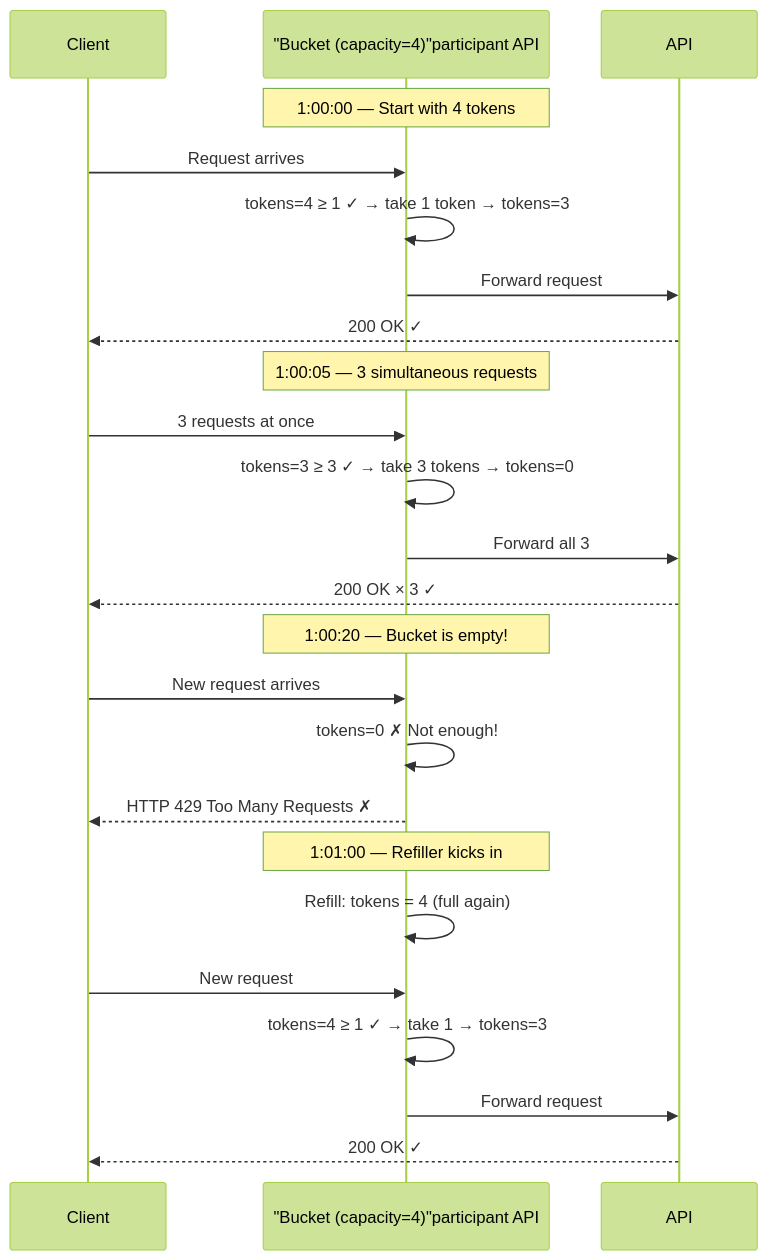
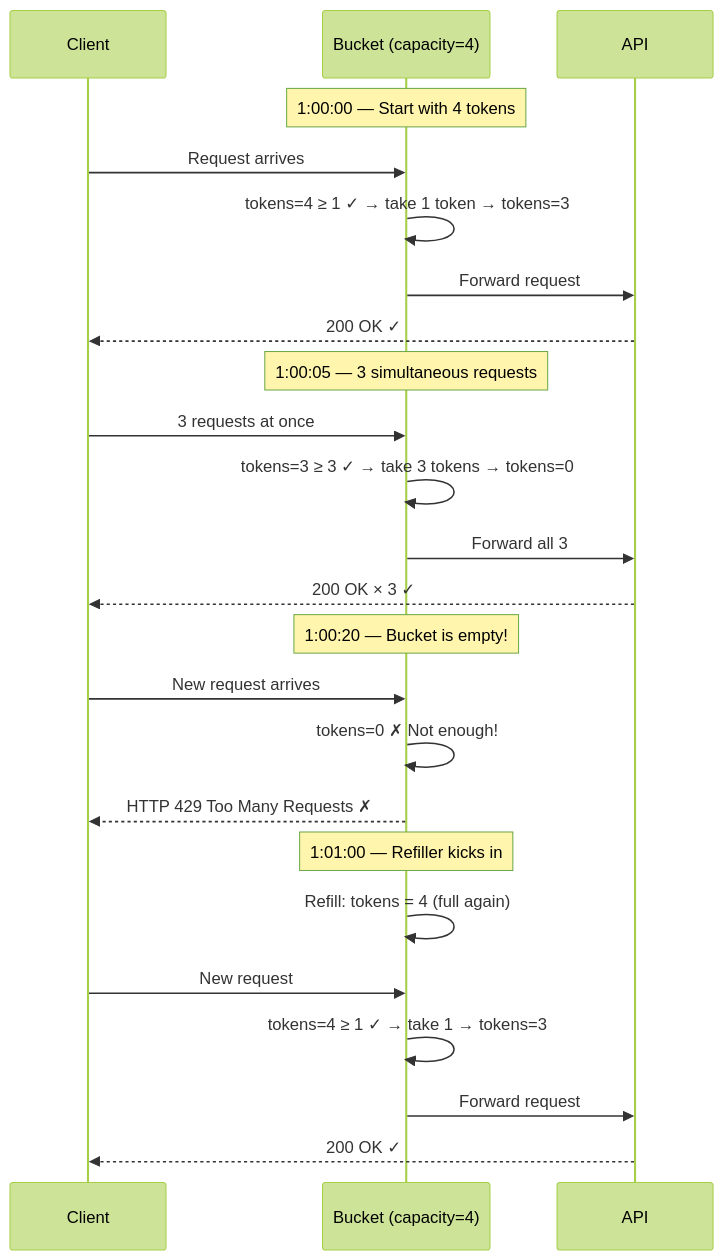
Before and after one commit to devops-monk/system-design-blog: the sixth of 26 diagrams in content/posts/2026/design-a-rate-limiter.md, drawn with Mermaid (forest theme). The commit also changed other lines of this file and 4 other files, not shown here.

First line of the commit message:
fix(diagrams): repair mermaid blocks broken by the emoji strip

````diff
--- a/content/posts/2026/design-a-rate-limiter.md
+++ b/content/posts/2026/design-a-rate-limiter.md
@@ -185,29 +191,30 @@
 ```mermaid
 sequenceDiagram
     participant Client
-    participant Bucket as "Bucket (capacity=4)"participant API
+    participant Bucket as Bucket (capacity=4)
+    participant API
 
-    Note over Bucket:  1:00:00 — Start with 4 tokens
+    Note over Bucket: 1:00:00 — Start with 4 tokens
     Client->>Bucket: Request arrives
     Bucket->>Bucket: tokens=4 ≥ 1 ✓ → take 1 token → tokens=3
     Bucket->>API: Forward request
     API-->>Client: 200 OK ✓
 
-    Note over Bucket:  1:00:05 — 3 simultaneous requests
+    Note over Bucket: 1:00:05 — 3 simultaneous requests
     Client->>Bucket: 3 requests at once
     Bucket->>Bucket: tokens=3 ≥ 3 ✓ → take 3 tokens → tokens=0
     Bucket->>API: Forward all 3
     API-->>Client: 200 OK × 3 ✓
 
-    Note over Bucket:  1:00:20 — Bucket is empty!
+    Note over Bucket: 1:00:20 — Bucket is empty!
     Client->>Bucket: New request arrives
     Bucket->>Bucket: tokens=0 ✗ Not enough!
     Bucket-->>Client: HTTP 429 Too Many Requests ✗
 
-    Note over Bucket:  1:01:00 — Refiller kicks in
+    Note over Bucket: 1:01:00 — Refiller kicks in
     Bucket->>Bucket: Refill: tokens = 4 (full again)
     Client->>Bucket: New request
     Bucket->>Bucket: tokens=4 ≥ 1 ✓ → take 1 → tokens=3
     Bucket->>API: Forward request
     API-->>Client: 200 OK ✓
 ```
````
